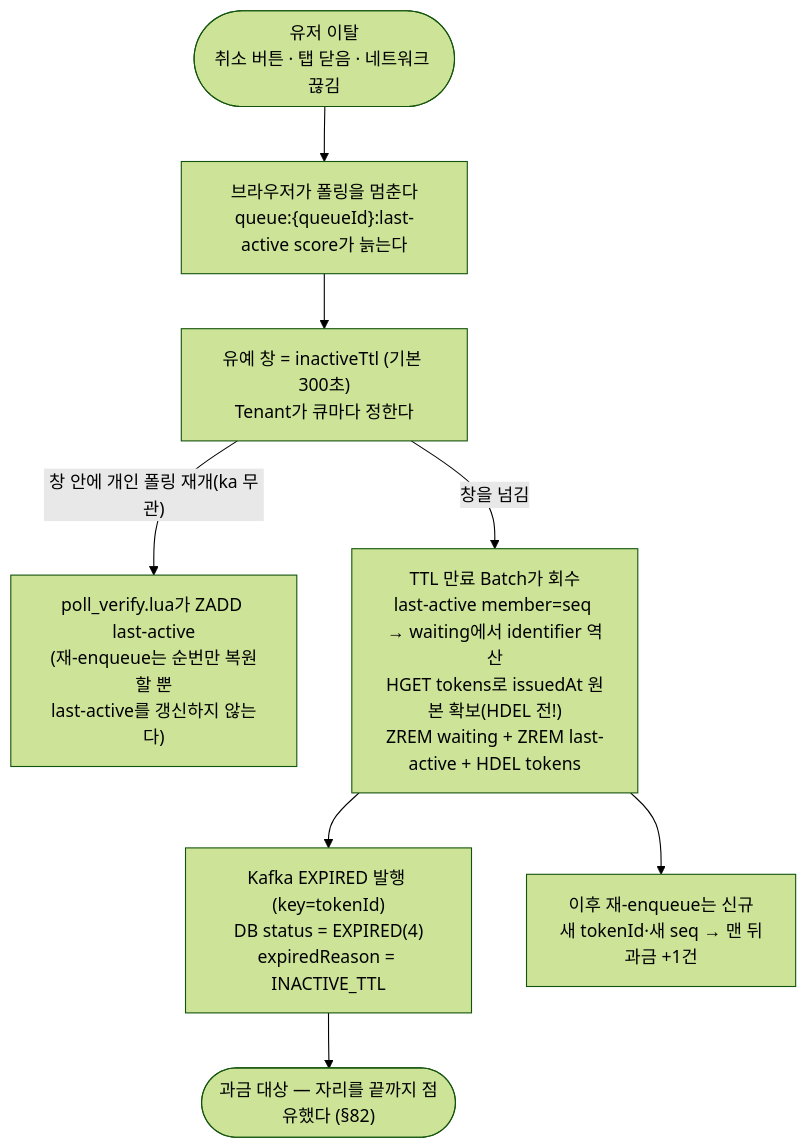
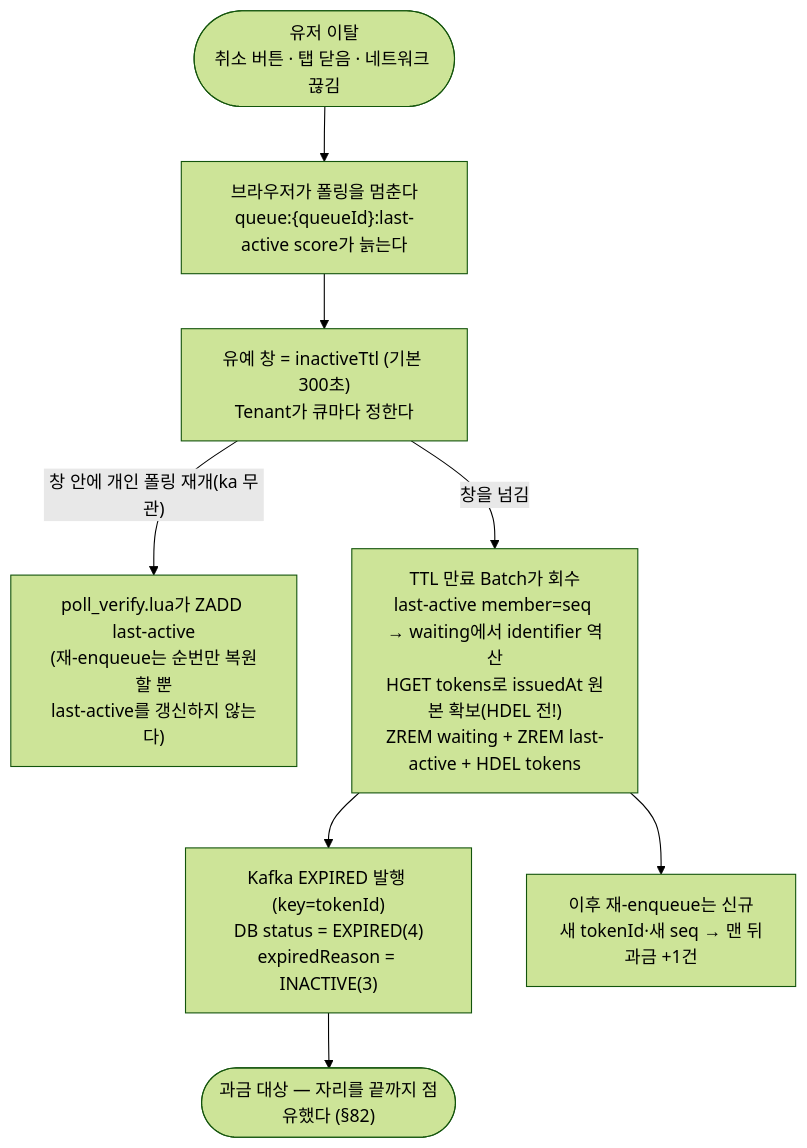
The fourth of 8 diagrams in doc/FLOW.md (S-Onix/queue-platform), drawn with Mermaid (forest theme) before and after one commit. The commit also changed other lines of this file and 14 other files, not shown here.

````diff
--- a/doc/FLOW.md
+++ b/doc/FLOW.md
@@ -219,13 +209,13 @@
 ```mermaid
 flowchart TD
     U(["유저 이탈\n취소 버튼 · 탭 닫음 · 네트워크 끊김"])
     --> STOP["브라우저가 폴링을 멈춘다\nqueue:{queueId}:last-active score가 늙는다"]
     --> WAIT["유예 창 = inactiveTtl (기본 300초)\nTenant가 큐마다 정한다"]
 
     WAIT -->|"창 안에 개인 폴링 재개(ka 무관)"| BACK["poll_verify.lua가 ZADD last-active\n(재-enqueue는 순번만 복원할 뿐\nlast-active를 갱신하지 않는다)"]
     WAIT -->|"창을 넘김"| JOB["TTL 만료 Batch가 회수\nlast-active member=seq → waiting에서 identifier 역산\nHGET tokens로 issuedAt 원본 확보(HDEL 전!)\nZREM waiting + ZREM last-active + HDEL tokens"]
 
-    JOB --> EXP["Kafka EXPIRED 발행 (key=tokenId)\nDB status = EXPIRED(4)\nexpiredReason = INACTIVE_TTL"]
+    JOB --> EXP["Kafka EXPIRED 발행 (key=tokenId)\nDB status = EXPIRED(4)\nexpiredReason = INACTIVE(3)"]
     EXP --> BILL(["과금 대상 — 자리를 끝까지 점유했다 (§82)"])
     JOB --> NEW["이후 재-enqueue는 신규\n새 tokenId·새 seq → 맨 뒤\n과금 +1건"]
 ```
````
